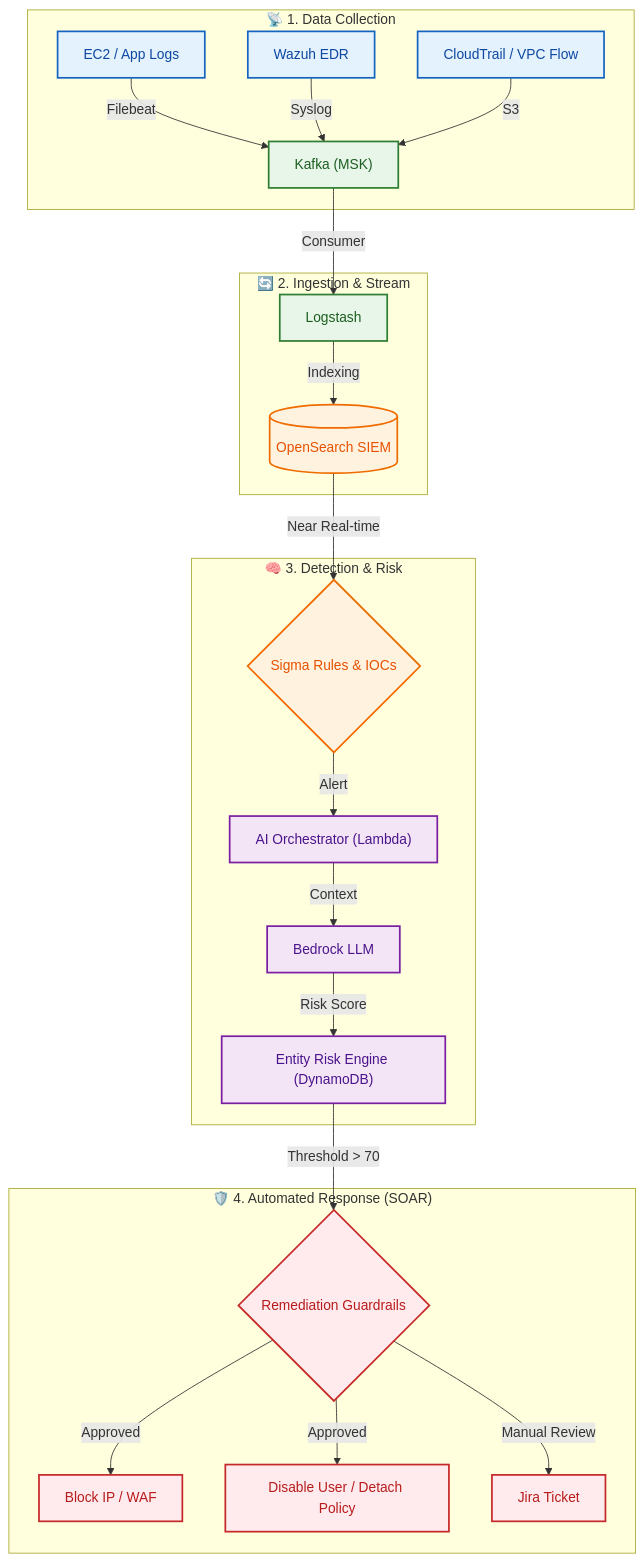
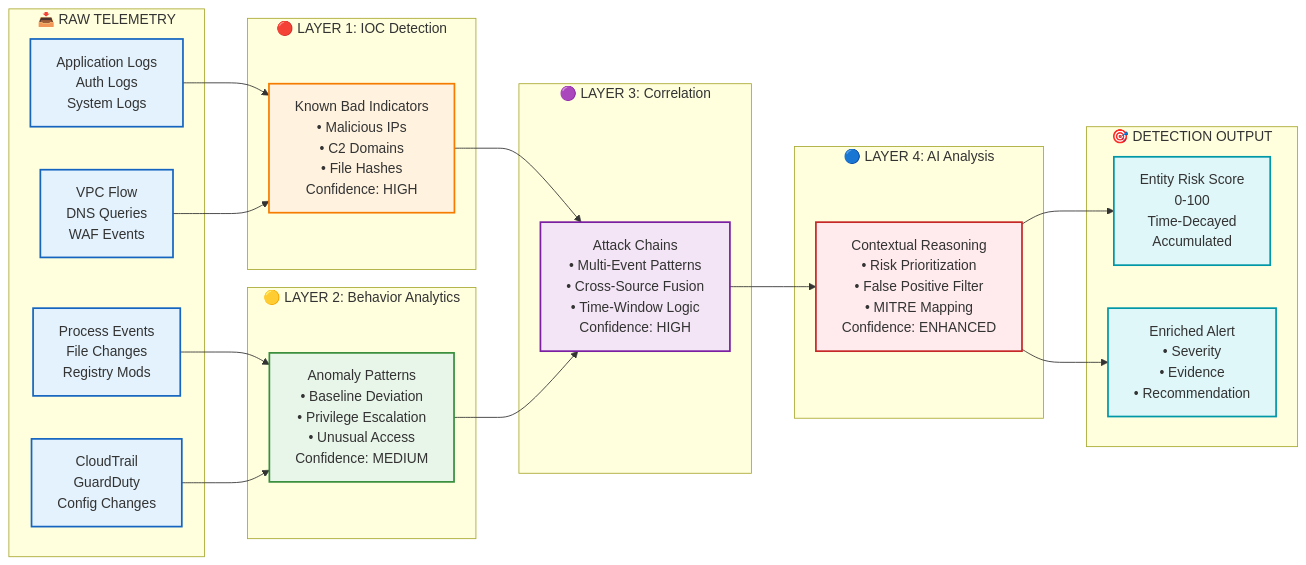
Before and after one commit to HoangBaoPhuoc/Cybersecurity-Threat-Detection-System-on-AWS: the second of 2 diagrams in README.md, drawn with Mermaid. The commit also changed other lines of this file and 24 other files, not shown here.

````diff
--- a/README.md
+++ b/README.md
@@ -34,41 +200,57 @@
 ```mermaid
-graph TD
-    %% Define Styles
-    classDef source fill:#E3F2FD,stroke:#1565C0,stroke-width:2px,color:#0D47A1;
-    classDef ingest fill:#E8F5E9,stroke:#2E7D32,stroke-width:2px,color:#1B5E20;
-    classDef siem fill:#FFF3E0,stroke:#EF6C00,stroke-width:2px,color:#E65100;
-    classDef ai fill:#F3E5F5,stroke:#7B1FA2,stroke-width:2px,color:#4A148C;
-    classDef soar fill:#FFEBEE,stroke:#C62828,stroke-width:2px,color:#B71C1C;
+graph LR
+    %% Styling
+    classDef input fill:#E3F2FD,stroke:#1565C0,stroke-width:2px;
+    classDef layer1 fill:#FFF3E0,stroke:#F57C00,stroke-width:2px;
+    classDef layer2 fill:#E8F5E9,stroke:#388E3C,stroke-width:2px;
+    classDef layer3 fill:#F3E5F5,stroke:#7B1FA2,stroke-width:2px;
+    classDef layer4 fill:#FFEBEE,stroke:#C62828,stroke-width:2px;
+    classDef output fill:#E0F7FA,stroke:#0097A7,stroke-width:2px;
 
-    subgraph Sources ["📡 1. Data Collection"]
-        A["EC2 / App Logs"] -->|Filebeat| K["Kafka (MSK)"]
-        B["Wazuh EDR"] -->|Syslog| K
-        C["CloudTrail / VPC Flow"] -->|S3| K
+    subgraph INPUT ["📥 RAW TELEMETRY"]
+        LOGS["Application Logs<br/>Auth Logs<br/>System Logs"]
+        NETWORK["VPC Flow<br/>DNS Queries<br/>WAF Events"]
+        ENDPOINT["Process Events<br/>File Changes<br/>Registry Mods"]
+        CLOUD["CloudTrail<br/>GuardDuty<br/>Config Changes"]
     end
 
-    subgraph Ingestion ["🔄 2. Ingestion & Stream"]
-        K -->|Consumer| L["Logstash"]
-        L -->|Indexing| OS[("OpenSearch SIEM")]
+    subgraph DL1 ["🔴 LAYER 1: IOC Detection"]
+        IOC["Known Bad Indicators<br/>• Malicious IPs<br/>• C2 Domains<br/>• File Hashes<br/>Confidence: HIGH"]
     end
 
-    subgraph Detection ["🧠 3. Detection & Risk"]
-        OS -->|"Near Real-time"| Rules{"Sigma Rules & IOCs"}
-        Rules -->|Alert| AI["AI Orchestrator (Lambda)"]
-        AI -->|Context| BEDROCK["Bedrock LLM"]
-        BEDROCK -->|"Risk Score"| RISK["Entity Risk Engine (DynamoDB)"]
+    subgraph DL2 ["🟡 LAYER 2: Behavior Analytics"]
+        BEHAVIOR["Anomaly Patterns<br/>• Baseline Deviation<br/>• Privilege Escalation<br/>• Unusual Access<br/>Confidence: MEDIUM"]
     end
 
-    subgraph Response ["🛡️ 4. Automated Response (SOAR)"]
-        RISK -->|"Threshold > 70"| SOAR{"Remediation Guardrails"}
-        SOAR -->|Approved| BLOCK["Block IP / WAF"]
-        SOAR -->|Approved| IAM["Disable User / Detach Policy"]
-        SOAR -->|"Manual Review"| JIRA["Jira Ticket"]
+    subgraph DL3 ["🟣 LAYER 3: Correlation"]
+        CORRELATION["Attack Chains<br/>• Multi-Event Patterns<br/>• Cross-Source Fusion<br/>• Time-Window Logic<br/>Confidence: HIGH"]
     end
 
-    %% Apply Styles
-    class A,B,C source;
-    class K,L ingest;
-    class OS,Rules siem;
-    class AI,BEDROCK,RISK ai;
-    class SOAR,BLOCK,IAM,JIRA soar;
+    subgraph DL4 ["🔵 LAYER 4: AI Analysis"]
+        AI["Contextual Reasoning<br/>• Risk Prioritization<br/>• False Positive Filter<br/>• MITRE Mapping<br/>Confidence: ENHANCED"]
+    end
+
+    subgraph OUTPUT ["🎯 DETECTION OUTPUT"]
+        RISK["Entity Risk Score<br/>0-100<br/>Time-Decayed<br/>Accumulated"]
+        ALERT["Enriched Alert<br/>• Severity<br/>• Evidence<br/>• Recommendation"]
+    end
+
+    LOGS --> IOC
+    NETWORK --> IOC
+    ENDPOINT --> BEHAVIOR
+    CLOUD --> BEHAVIOR
+
+    IOC --> CORRELATION
+    BEHAVIOR --> CORRELATION
+
+    CORRELATION --> AI
+    AI --> RISK
+    AI --> ALERT
+
+    class LOGS,NETWORK,ENDPOINT,CLOUD input;
+    class IOC layer1;
+    class BEHAVIOR layer2;
+    class CORRELATION layer3;
+    class AI layer4;
+    class RISK,ALERT output;
 ```
````
